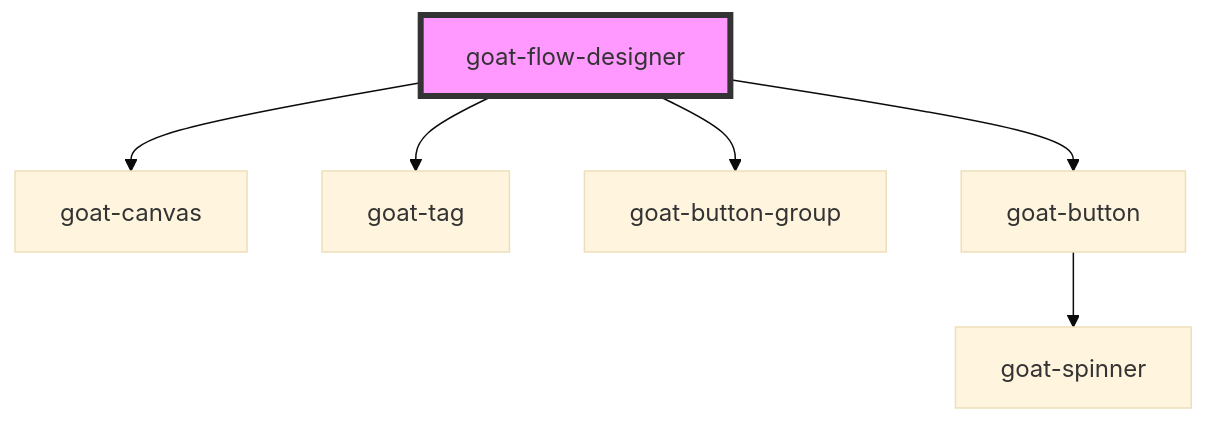
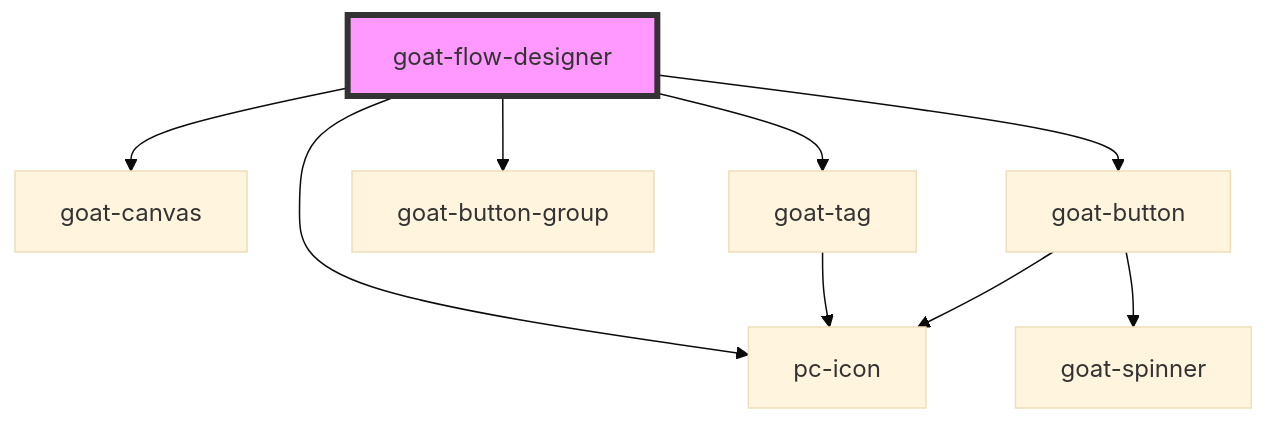
One commit to redvars/peacock changed the diagram in src/components/application/flow-designer/flow-designer/readme.md. Above: the diagram before and after it, drawn with Mermaid (base theme). The commit also changed other lines of this file and 64 other files, not shown here.

Commit message:
icon migrate from goat to peacock

````diff
--- a/src/components/application/flow-designer/flow-designer/readme.md
+++ b/src/components/application/flow-designer/flow-designer/readme.md
@@ -27,9 +28,12 @@
 ```mermaid
 graph TD;
   goat-flow-designer --> goat-canvas
+  goat-flow-designer --> pc-icon
   goat-flow-designer --> goat-tag
   goat-flow-designer --> goat-button-group
   goat-flow-designer --> goat-button
+  goat-tag --> pc-icon
   goat-button --> goat-spinner
+  goat-button --> pc-icon
   style goat-flow-designer fill:#f9f,stroke:#333,stroke-width:4px
 ```
````
